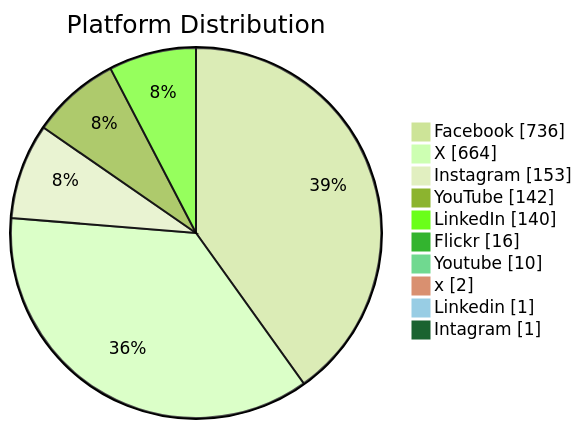
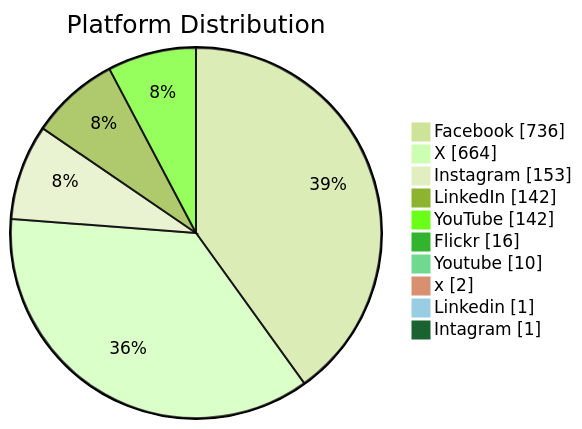
One commit to PatLittle/GC-Socials changed the second of 6 diagrams in README.md. Above: the diagram before and after it, drawn with Mermaid (forest theme). The commit also changed other lines of this file, not shown here.

Commit message:
Update README with Platform Distribution pie chart

````diff
--- a/README.md
+++ b/README.md
@@ -58,13 +58,13 @@
 ```mermaid
 pie showData title Platform Distribution
     "Facebook": 736
     "X": 664
     "Instagram": 153
+    "LinkedIn": 142
     "YouTube": 142
-    "LinkedIn": 140
     "Flickr": 16
     "Youtube": 10
     "x": 2
     "Linkedin": 1
     "Intagram": 1
 ```
````
